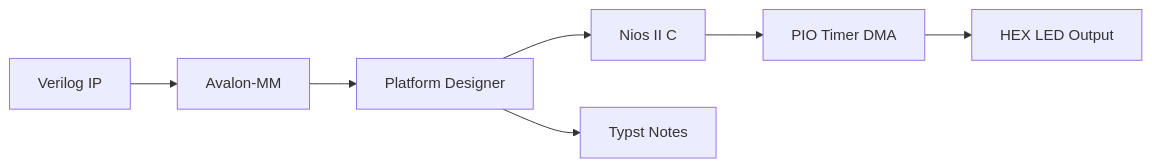
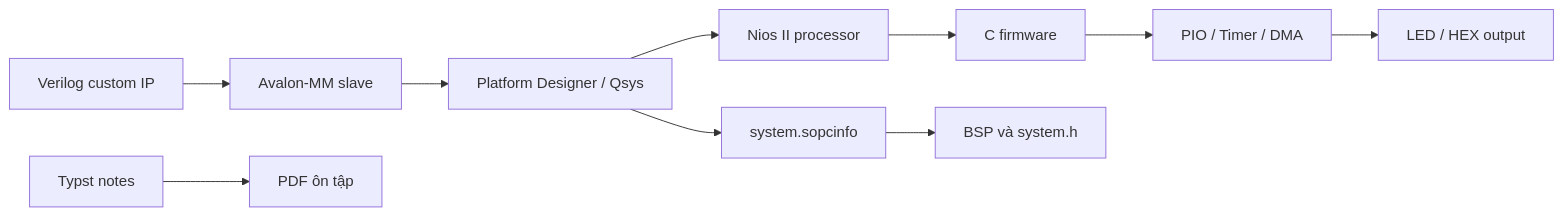
The diagram in README.md (lhlizdabezt/embedded-systems-fpga-review-labs), drawn with Mermaid before and after one commit. The commit also changed other lines of this file and 4 other files, not shown here.

````diff
--- a/README.md
+++ b/README.md
@@ -44,9 +48,12 @@
 ```mermaid
 flowchart LR
-  A["Verilog IP"] --> B["Avalon-MM"]
-  B --> C["Platform Designer"]
-  C --> D["Nios II C"]
-  D --> E["PIO Timer DMA"]
-  E --> F["HEX LED Output"]
-  C --> G["Typst Notes"]
+  A["Verilog custom IP"] --> B["Avalon-MM slave"]
+  B --> C["Platform Designer / Qsys"]
+  C --> D["Nios II processor"]
+  D --> E["C firmware"]
+  E --> F["PIO / Timer / DMA"]
+  F --> G["LED / HEX output"]
+  C --> H["system.sopcinfo"]
+  H --> I["BSP và system.h"]
+  J["Typst notes"] --> K["PDF ôn tập"]
 ```
````
